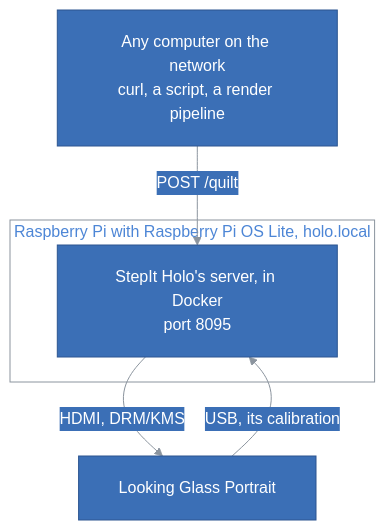
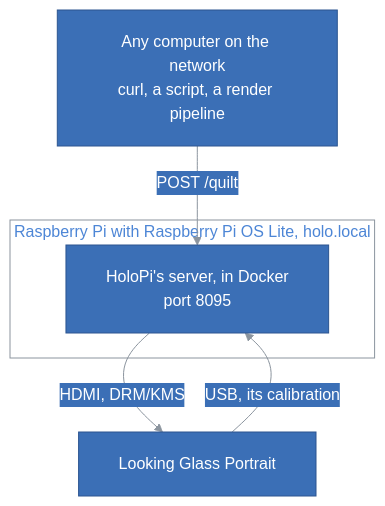
One commit to kineticsystem/holo-pi changed the diagram in README.md. Above: the diagram before and after it, drawn with Mermaid. The commit also changed other lines of this file and 24 other files, not shown here.

````diff
--- a/README.md
+++ b/README.md
@@ -42,67 +42,67 @@
 ```mermaid
 ---
 config:
   theme: base
   themeCSS: ".edgeLabel p { padding: 4px 10px; }"
   flowchart:
     padding: 20
     nodeSpacing: 40
     rankSpacing: 50
   class:
     padding: 16
   sequence:
     boxMargin: 12
     boxTextMargin: 8
     noteMargin: 28
     messageMargin: 40
     actorMargin: 60
     labelBoxWidth: 56
     labelBoxHeight: 28
   themeVariables:
     primaryColor: "#3b6fb6"
     primaryTextColor: "#ffffff"
     primaryBorderColor: "#2c5590"
     lineColor: "#8b949e"
     textColor: "#4d86d6"
     actorBkg: "#3b6fb6"
     actorBorder: "#2c5590"
     actorTextColor: "#ffffff"
     actorLineColor: "#8b949e"
     signalColor: "#8b949e"
     signalTextColor: "#4d86d6"
     noteBkgColor: "#3b6fb6"
     noteTextColor: "#ffffff"
     noteBorderColor: "#2c5590"
     secondaryColor: "#3b6fb6"
     tertiaryColor: "#3b6fb6"
     clusterBkg: "transparent"
     clusterBorder: "#8b949e"
     titleColor: "#4d86d6"
     edgeLabelBackground: "#3b6fb6"
     classText: "#ffffff"
     labelBoxBkgColor: "#3b6fb6"
     labelBoxBorderColor: "#2c5590"
     labelTextColor: "#ffffff"
     loopTextColor: "#4d86d6"
     mainBkg: "#3b6fb6"
     nodeBorder: "#2c5590"
     nodeTextColor: "#ffffff"
     secondaryBorderColor: "#2c5590"
     secondaryTextColor: "#ffffff"
     tertiaryBorderColor: "#2c5590"
     tertiaryTextColor: "#ffffff"
     errorBkgColor: "#3b6fb6"
     errorTextColor: "#ffffff"
 ---
 flowchart TB
     Maker["Any computer on the network<br/>curl, a script, a render pipeline"]
     subgraph Pi["Raspberry Pi with Raspberry Pi OS Lite, holo.local"]
-        Server["StepIt Holo's server, in Docker<br/>port 8095"]
+        Server["HoloPi's server, in Docker<br/>port 8095"]
     end
     Portrait["Looking Glass Portrait"]
     Maker -- "POST /quilt" --> Server
     Server -- "HDMI, DRM/KMS" --> Portrait
     Portrait -- "USB, its calibration" --> Server
 
     classDef default fill:#3b6fb6,stroke:#2c5590,color:#ffffff
 ```
````
